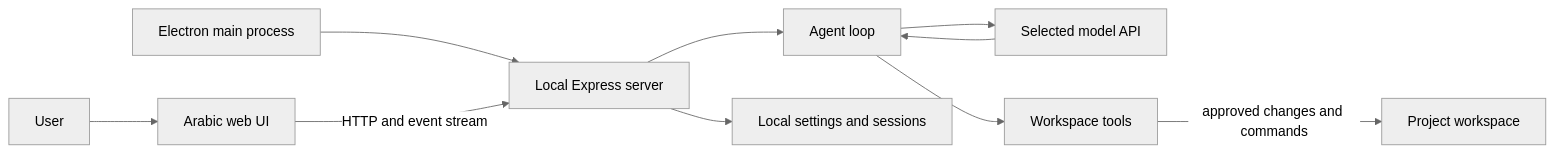
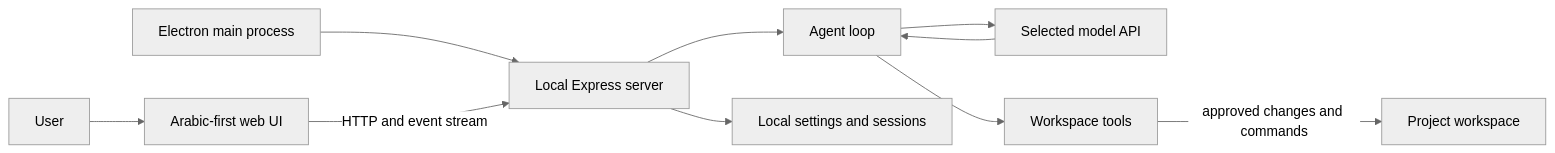
The diagram in README.md (KING-919/NOVA-AGENT), drawn with Mermaid (neutral theme) before and after one commit. The commit also changed other lines of this file and 9 other files, not shown here.

````diff
--- a/README.md
+++ b/README.md
@@ -66,12 +119,12 @@
 ```mermaid
 flowchart LR
-  User[User] --> UI[Arabic web UI]
+  User[User] --> UI[Arabic-first web UI]
   Desktop[Electron main process] --> Server[Local Express server]
   UI -->|HTTP and event stream| Server
   Server --> Agent[Agent loop]
   Agent --> Provider[Selected model API]
   Provider --> Agent
   Agent --> Tools[Workspace tools]
   Tools -->|approved changes and commands| Workspace[Project workspace]
   Server --> LocalData[Local settings and sessions]
 ```
````
